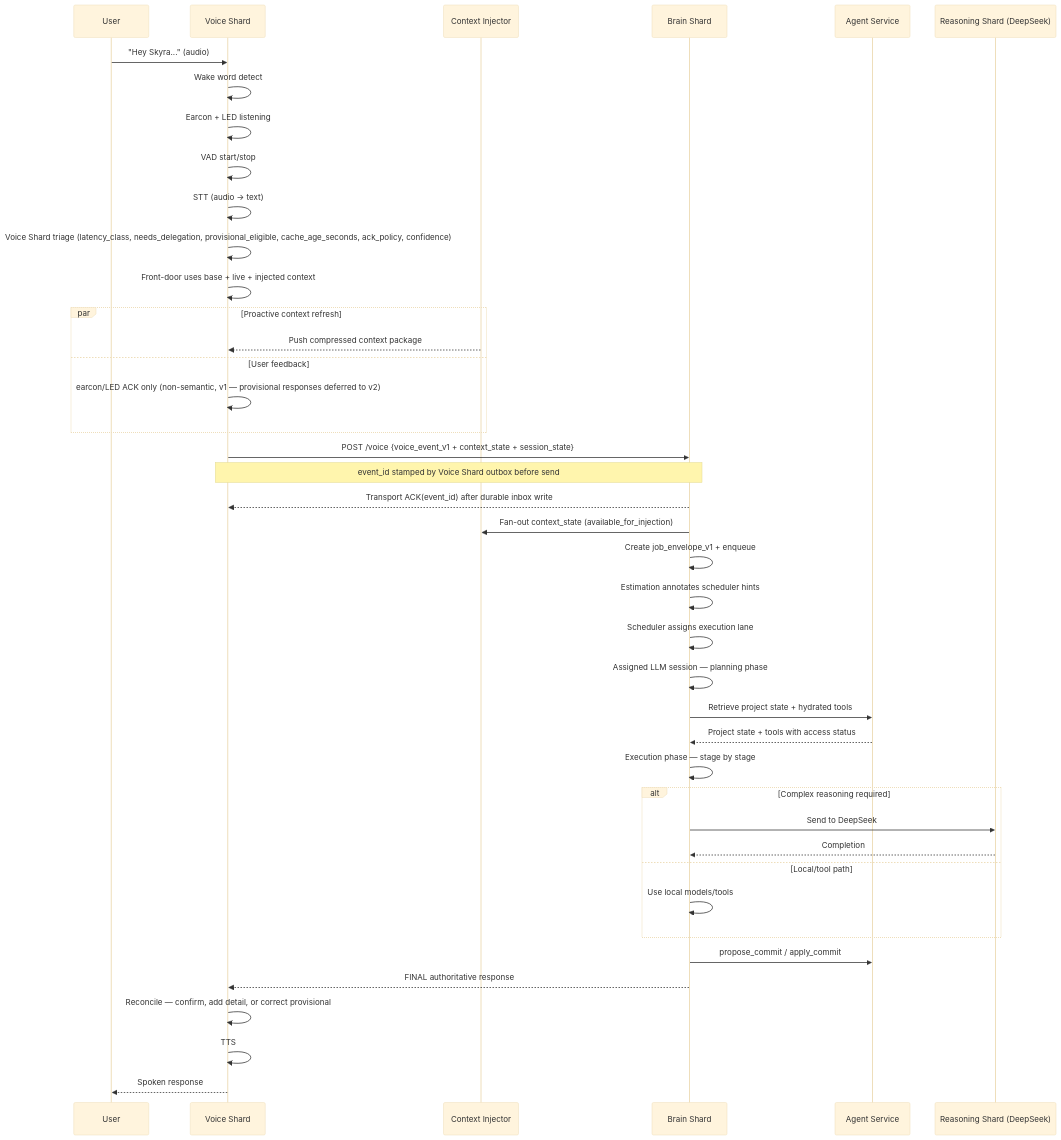
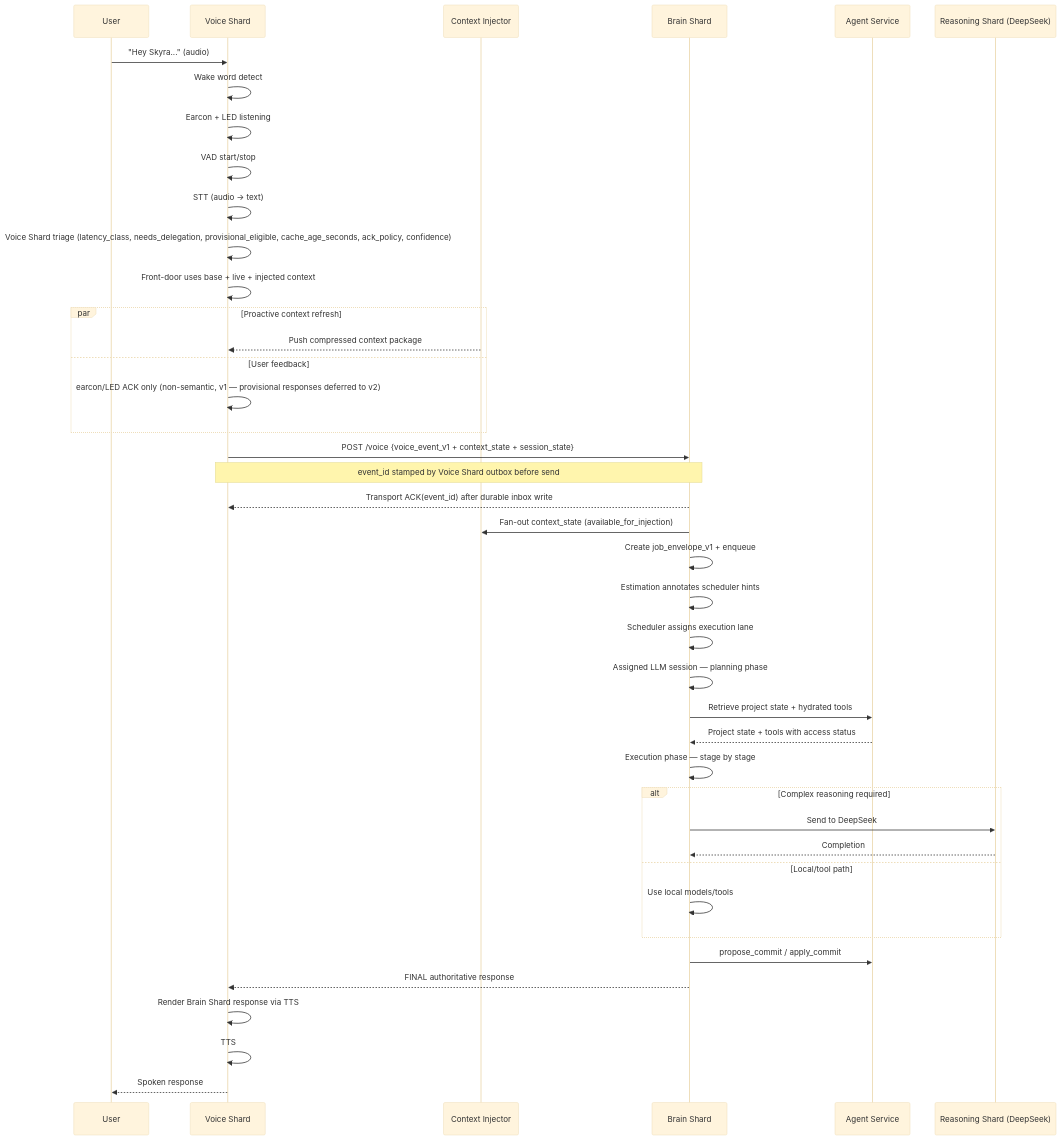
Before and after one commit to m-scanlon/tony-stark-was-able-tobuild-this-in-a-cave: the third of 3 diagrams in docs/arch/v1/scyra.md, drawn with Mermaid (base theme). The commit also changed other lines of this file and 3 other files, not shown here.

````diff
--- a/docs/arch/v1/scyra.md
+++ b/docs/arch/v1/scyra.md
@@ -430,46 +430,46 @@
 ```mermaid
 sequenceDiagram
   participant User
   participant Pi as Voice Shard
   participant CIX as Context Injector
   participant Mac as Brain Shard
   participant PROJ as Agent Service
   participant GPU as Reasoning Shard (DeepSeek)
 
   User->>Pi: "Hey Skyra..." (audio)
   Pi->>Pi: Wake word detect
   Pi->>Pi: Earcon + LED listening
   Pi->>Pi: VAD start/stop
   Pi->>Pi: STT (audio → text)
   Pi->>Pi: Voice Shard triage (latency_class, needs_delegation, provisional_eligible, cache_age_seconds, ack_policy, confidence)
   Pi->>Pi: Front-door uses base + live + injected context
   par Proactive context refresh
     CIX-->>Pi: Push compressed context package
   and User feedback
     Pi->>Pi: earcon/LED ACK only (non-semantic, v1 — provisional responses deferred to v2)
   end
 
   Pi->>Mac: POST /voice {voice_event_v1 + context_state + session_state}
   Note over Pi,Mac: event_id stamped by Voice Shard outbox before send
   Mac-->>Pi: Transport ACK(event_id) after durable inbox write
   Mac->>CIX: Fan-out context_state (available_for_injection)
 
   Mac->>Mac: Create job_envelope_v1 + enqueue
   Mac->>Mac: Estimation annotates scheduler hints
   Mac->>Mac: Scheduler assigns execution lane
   Mac->>Mac: Assigned LLM session — planning phase
   Mac->>PROJ: Retrieve project state + hydrated tools
   PROJ-->>Mac: Project state + tools with access status
   Mac->>Mac: Execution phase — stage by stage
   alt Complex reasoning required
     Mac->>GPU: Send to DeepSeek
     GPU-->>Mac: Completion
   else Local/tool path
     Mac->>Mac: Use local models/tools
   end
   Mac->>PROJ: propose_commit / apply_commit
   Mac-->>Pi: FINAL authoritative response
-  Pi->>Pi: Reconcile — confirm, add detail, or correct provisional
+  Pi->>Pi: Render Brain Shard response via TTS
   Pi->>Pi: TTS
   Pi-->>User: Spoken response
 ```
````
